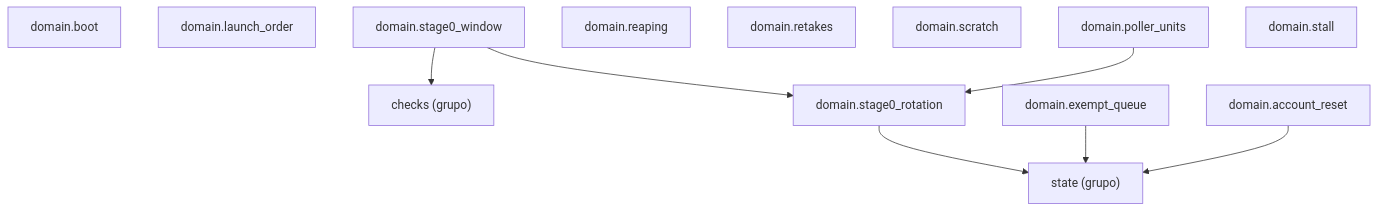
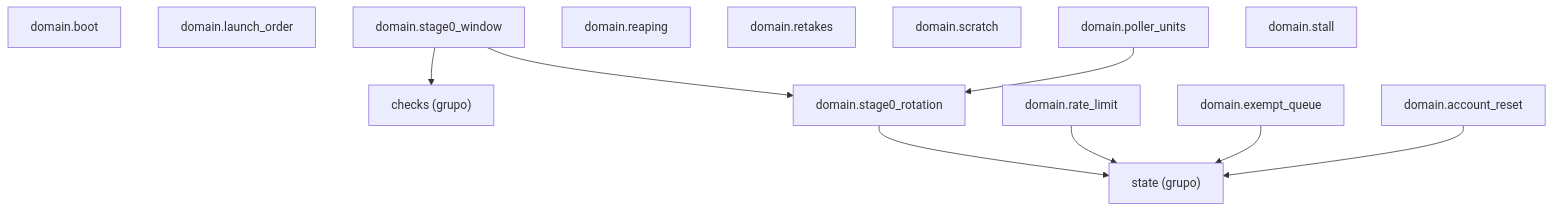
Before and after one commit to GonzaloZevallos/agentic-system: the diagram in docs/architecture/generated/packages-process-domain-machine.md, drawn with Mermaid.

Commit message:
Regenerate the machine package diagram for domain.rate_limit

````diff
--- a/docs/architecture/generated/packages-process-domain-machine.md
+++ b/docs/architecture/generated/packages-process-domain-machine.md
@@ -12,22 +12,24 @@
 ```mermaid
 graph TD
     g_domain__checks["checks (grupo)"]
     g_domain__state["state (grupo)"]
     m_domain__account_reset["domain.account_reset"]
     m_domain__boot["domain.boot"]
     m_domain__exempt_queue["domain.exempt_queue"]
     m_domain__launch_order["domain.launch_order"]
     m_domain__poller_units["domain.poller_units"]
+    m_domain__rate_limit["domain.rate_limit"]
     m_domain__reaping["domain.reaping"]
     m_domain__retakes["domain.retakes"]
     m_domain__scratch["domain.scratch"]
     m_domain__stage0_rotation["domain.stage0_rotation"]
     m_domain__stage0_window["domain.stage0_window"]
     m_domain__stall["domain.stall"]
     m_domain__account_reset --> g_domain__state
     m_domain__exempt_queue --> g_domain__state
     m_domain__poller_units --> m_domain__stage0_rotation
+    m_domain__rate_limit --> g_domain__state
     m_domain__stage0_rotation --> g_domain__state
     m_domain__stage0_window --> g_domain__checks
     m_domain__stage0_window --> m_domain__stage0_rotation
 ```
````
